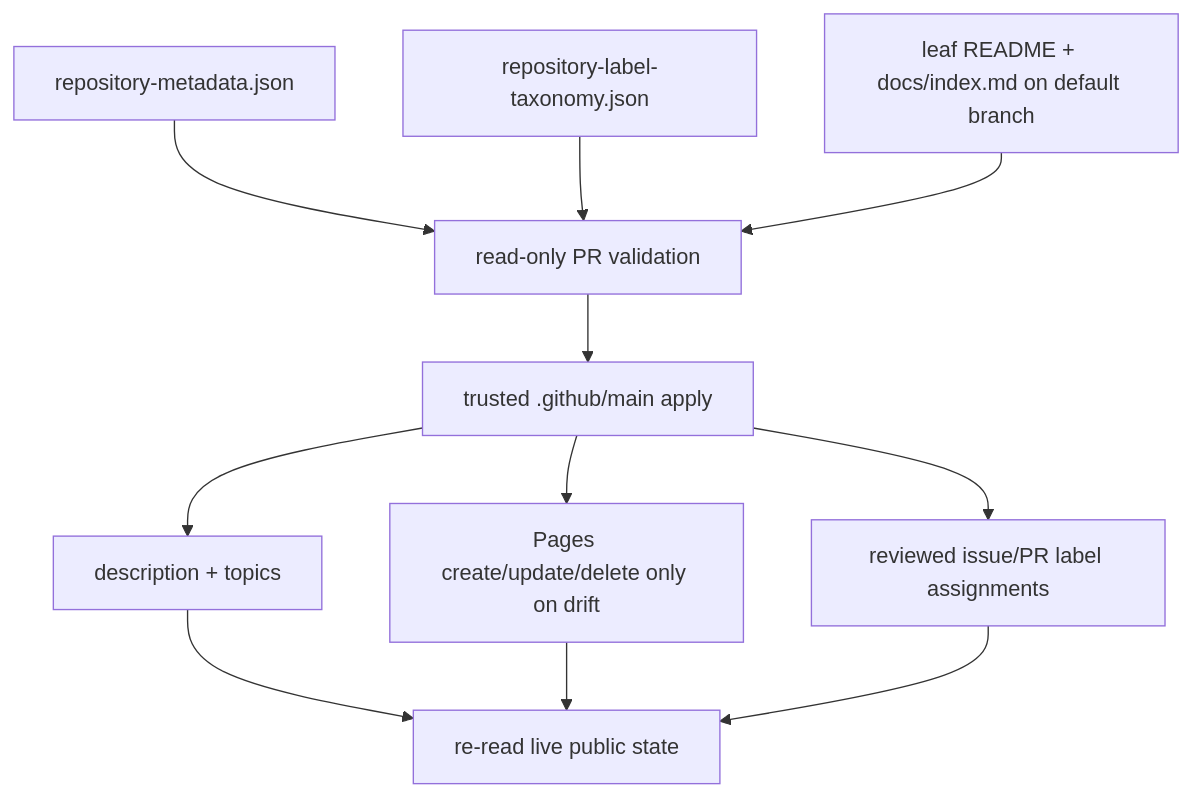
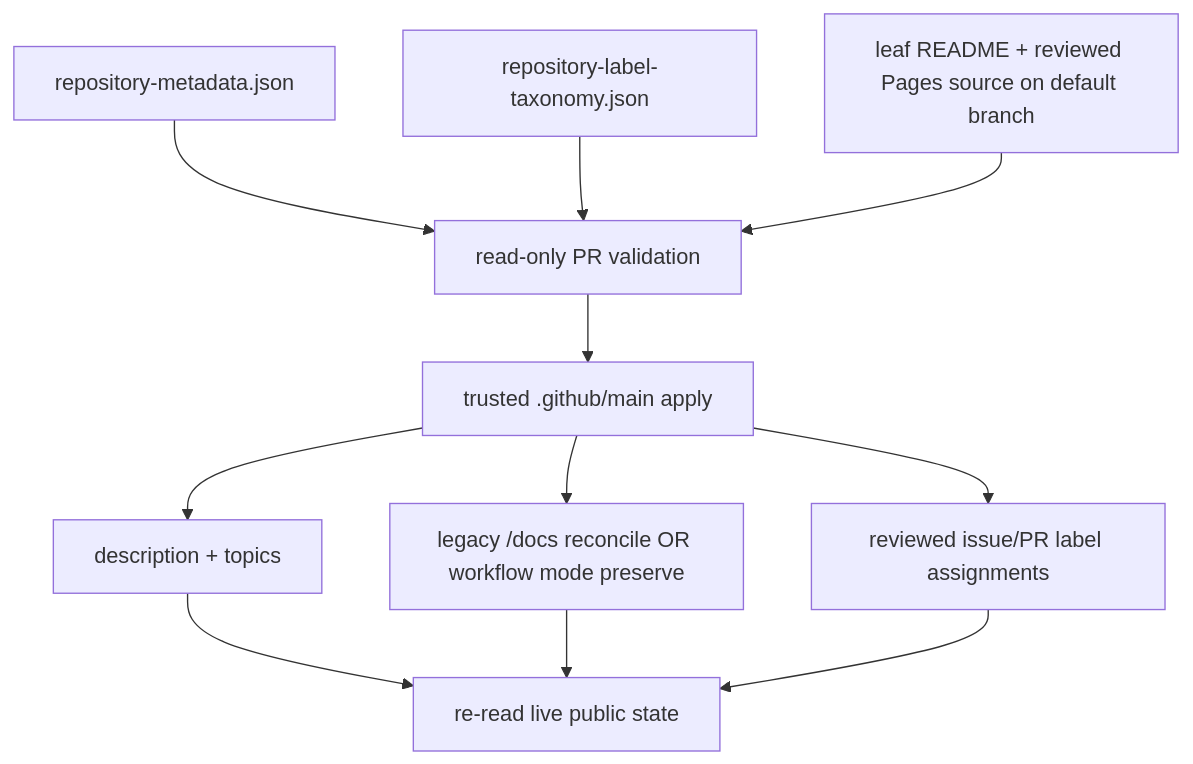
The diagram in docs/doctoring/repository-public-surface-reconciliation.md (ContextualWisdomLab/.github), drawn with Mermaid before and after one commit. The commit also changed other lines of this file, not shown here.

Commit message:
docs(runbook): add workflow Pages operating contract

````diff
--- a/docs/doctoring/repository-public-surface-reconciliation.md
+++ b/docs/doctoring/repository-public-surface-reconciliation.md
@@ -15,23 +15,23 @@
 ```mermaid
 flowchart TD
   Manifest["repository-metadata.json"]
   Taxonomy["repository-label-taxonomy.json"]
   Validate["read-only PR validation"]
-  Leaf["leaf README + docs/index.md on default branch"]
+  Leaf["leaf README + reviewed Pages source on default branch"]
   Apply["trusted .github/main apply"]
   Metadata["description + topics"]
-  Pages["Pages create/update/delete only on drift"]
+  Pages["legacy /docs reconcile OR workflow mode preserve"]
   Labels["reviewed issue/PR label assignments"]
   Verify["re-read live public state"]
 
   Manifest --> Validate
   Taxonomy --> Validate
   Leaf --> Validate
   Validate --> Apply
   Apply --> Metadata
   Apply --> Pages
   Apply --> Labels
   Metadata --> Verify
   Pages --> Verify
   Labels --> Verify
 ```
````
